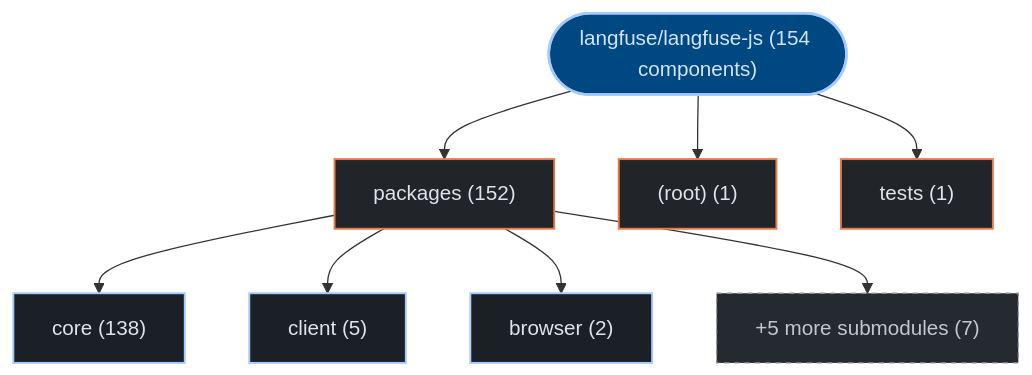
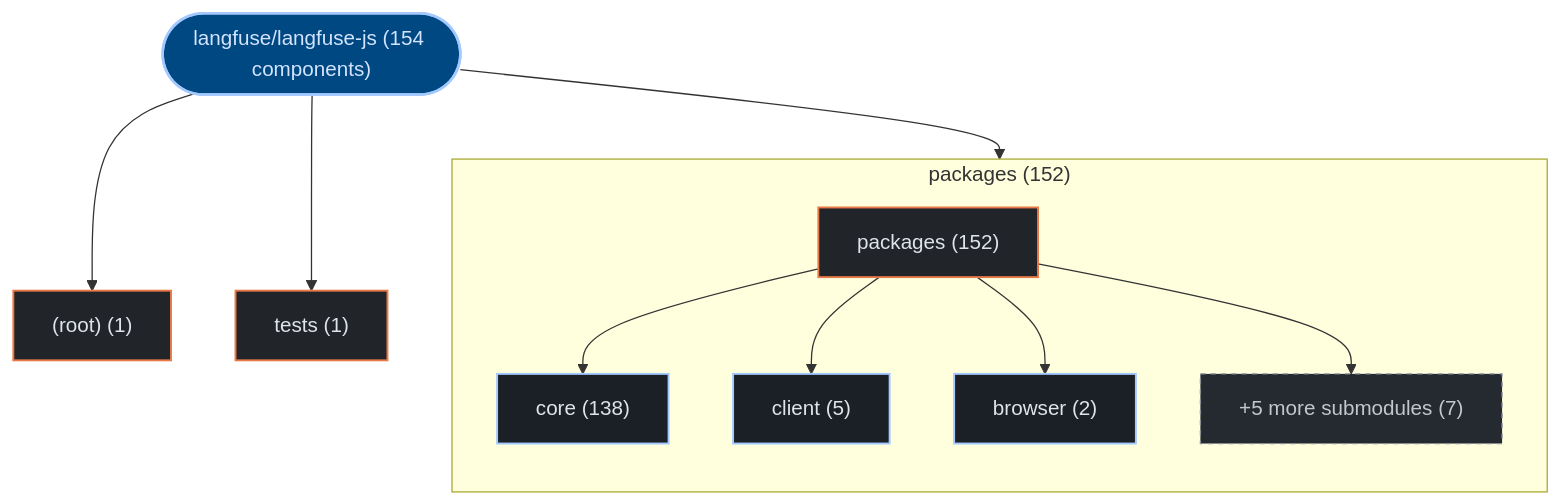
The first of 3 diagrams in exports/latest/reports/langfuse-langfuse-js-report.md (kumarshaz/atruss-code-atlas), drawn with Mermaid before and after one commit. The commit also changed 178 other files, not shown here.

Commit message:
feat(ui,mermaid): upgrade to mermaid v12 + ELK layout, add orgs-summary + pagination, subgraph building blocks, fix tab alignment

````diff
--- a/exports/latest/reports/langfuse-langfuse-js-report.md
+++ b/exports/latest/reports/langfuse-langfuse-js-report.md
@@ -42,25 +42,28 @@
 ```mermaid
 graph TD;
   classDef atlasRoot fill:#004882,stroke:#a3c9ff,stroke-width:2px,color:#d3e4ff
   classDef atlasCategory fill:#212428,stroke:#E87A48,stroke-width:1.5px,color:#dfe3eb
   classDef atlasWorkflow fill:#1b2026,stroke:#a3c9ff,stroke-width:1.5px,color:#dfe3eb
   classDef atlasJob fill:#171c22,stroke:#8d9199,stroke-width:1px,color:#dfe3eb
   classDef atlasTarget fill:#005227,stroke:#8bd99b,stroke-width:1.5px,color:#a7f6b6
   classDef atlasAlert fill:#93000a,stroke:#ffb4ab,stroke-width:1.5px,color:#ffdad6
   classDef atlasMore fill:#252a31,stroke:#8d9199,stroke-dasharray:4 4,color:#c3c6cf
     repo_root(["langfuse/langfuse-js (154 components)"]):::atlasRoot
-    dir_0_packages["packages (152)"]:::atlasCategory
+    subgraph sg_dir_0_packages["packages (152)"]
+      direction TB
+      dir_0_packages["packages (152)"]:::atlasCategory
+      sub_0_0_core["core (138)"]:::atlasWorkflow
+      dir_0_packages --> sub_0_0_core
+      sub_0_1_client["client (5)"]:::atlasWorkflow
+      dir_0_packages --> sub_0_1_client
+      sub_0_2_browser["browser (2)"]:::atlasWorkflow
+      dir_0_packages --> sub_0_2_browser
+      sub_0_more["+5 more submodules (7)"]:::atlasMore
+      dir_0_packages --> sub_0_more
+    end
     repo_root --> dir_0_packages
-    sub_0_0_core["core (138)"]:::atlasWorkflow
-    dir_0_packages --> sub_0_0_core
-    sub_0_1_client["client (5)"]:::atlasWorkflow
-    dir_0_packages --> sub_0_1_client
-    sub_0_2_browser["browser (2)"]:::atlasWorkflow
-    dir_0_packages --> sub_0_2_browser
-    sub_0_more["+5 more submodules (7)"]:::atlasMore
-    dir_0_packages --> sub_0_more
     dir_1__root_["(root) (1)"]:::atlasCategory
     repo_root --> dir_1__root_
     dir_2_tests["tests (1)"]:::atlasCategory
     repo_root --> dir_2_tests
 ```
````
